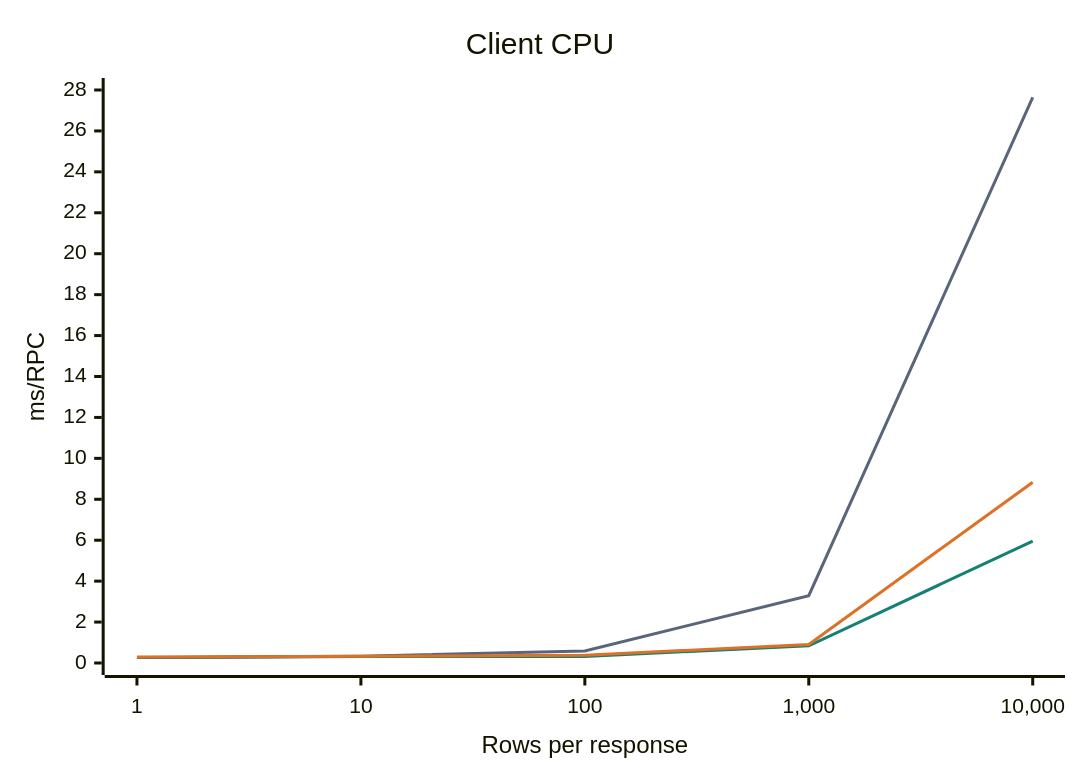
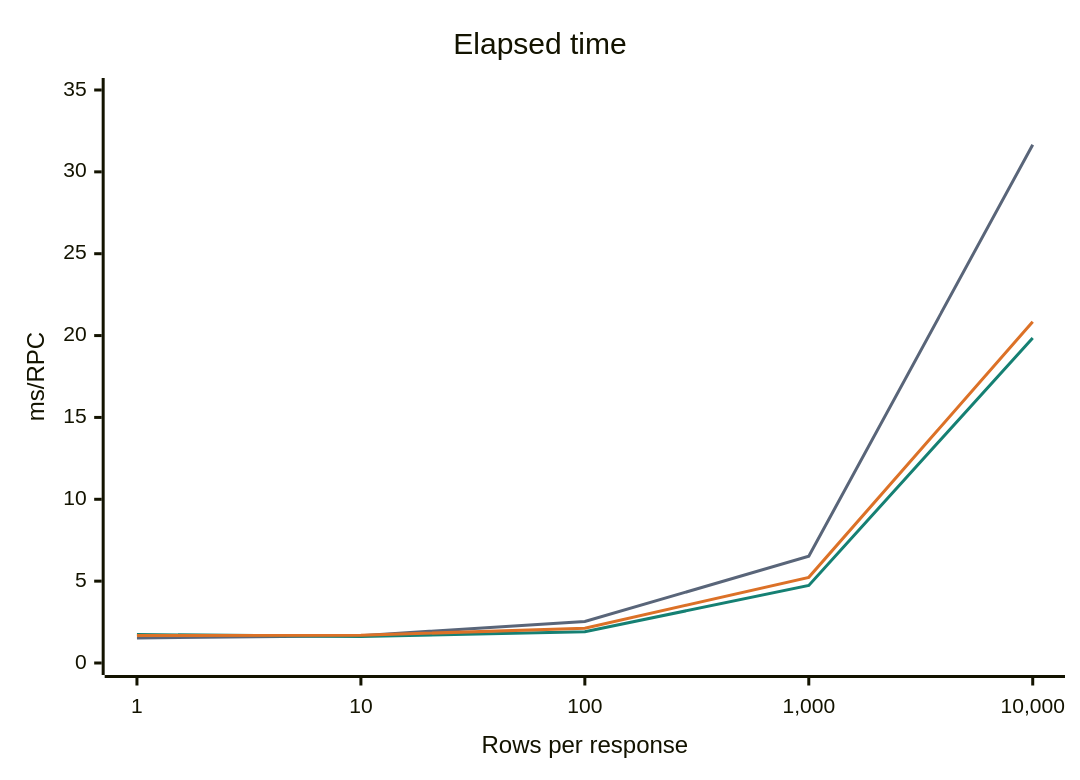
The first of 3 diagrams in QUERY.md (ydb-platform/ydb-go-sdk), drawn with Mermaid before and after one commit. The commit also changed other lines of this file and 2 other files, not shown here.

Commit message:
test(query): use standard benchmark metrics without checksums

````diff
--- a/QUERY.md
+++ b/QUERY.md
@@ -226,15 +227,15 @@
 ```mermaid
 ---
 config:
   themeVariables:
     xyChart:
       plotColorPalette: "#596579, #158073, #dc7127"
 ---
 xychart-beta
-    title "Client CPU"
+    title "Elapsed time"
     x-axis "Rows per response" ["1", "10", "100", "1,000", "10,000"]
-    y-axis "ms/RPC" 0 --> 28
-    line "Value" [0.271, 0.327, 0.591, 3.293, 27.634]
-    line "QueryArrow" [0.265, 0.316, 0.321, 0.839, 5.954]
-    line "WithResultFormatArrow" [0.290, 0.331, 0.378, 0.908, 8.833]
+    y-axis "ms/RPC" 0 --> 35
+    line "Value" [1.531, 1.669, 2.534, 6.517, 31.660]
+    line "QueryArrow" [1.741, 1.618, 1.908, 4.738, 19.854]
+    line "WithResultFormatArrow" [1.685, 1.688, 2.125, 5.231, 20.848]
 ```
````
